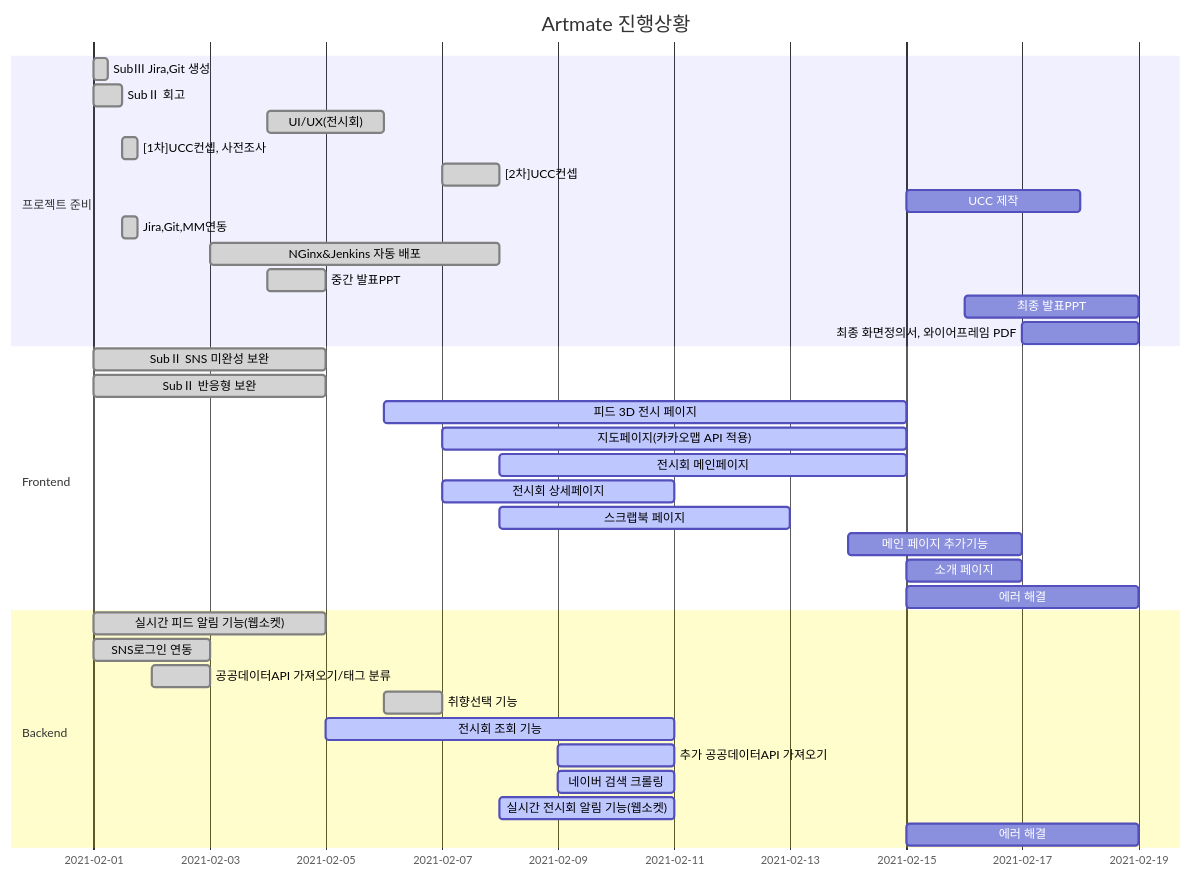
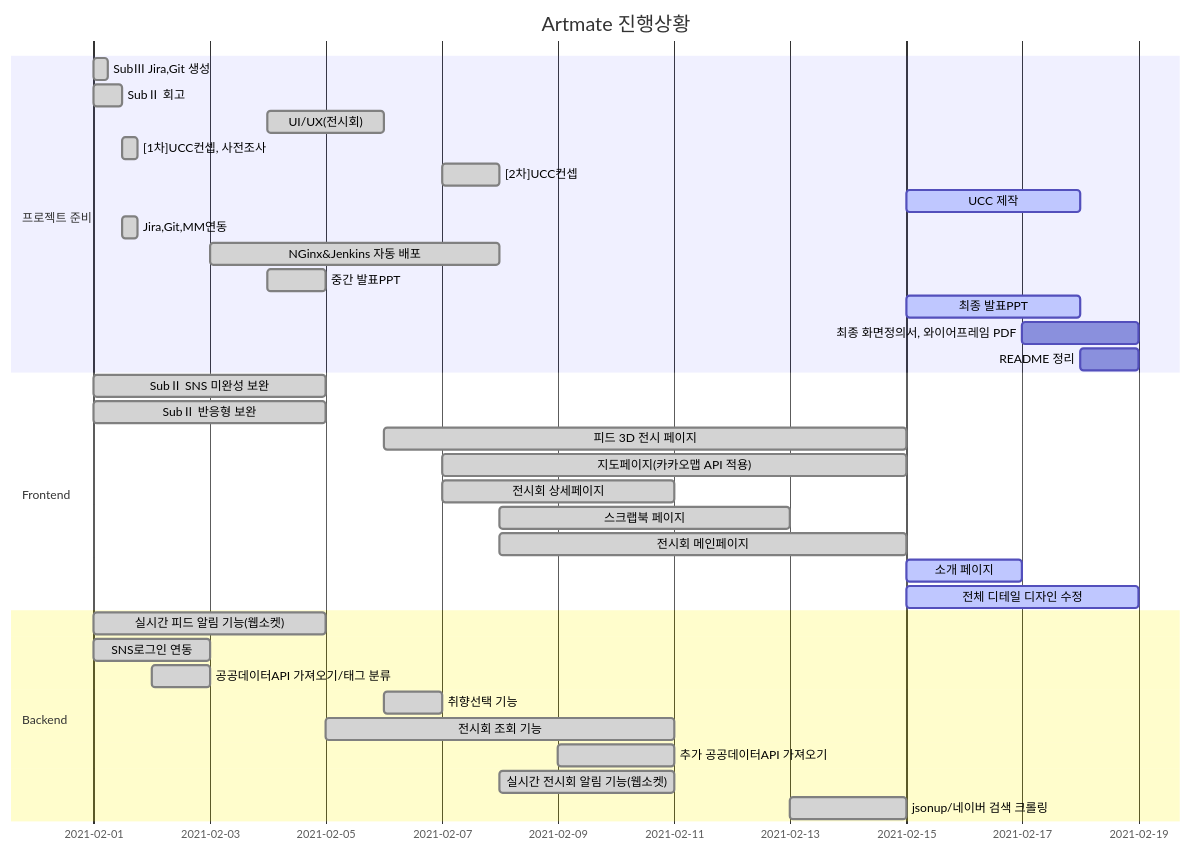
One commit to dovvn/Artmate-PJT changed the diagram in README.md. Above: the diagram before and after it, drawn with Mermaid.

Commit message:
BE_0215: 연휴 작업상황 업데이트

````diff
--- a/README.md
+++ b/README.md
@@ -21,45 +21,43 @@
 ```mermaid  
 gantt
     title Artmate 진행상황
     dateFormat  YYYY-MM-DD
     section 프로젝트 준비
     SubⅢ Jira,Git 생성  :done, 2021-02-01, 6h
     SubⅡ 회고          :done, p2,2021-02-01, 12h
     UI/UX(전시회)   :done,2021-02-04,2d
     [1차]UCC컨셉, 사전조사   :done,after p2,6h
     [2차]UCC컨셉   :done,2021-02-07,1d
-    UCC 제작   :,2021-02-15,3d
+    UCC 제작   :active,2021-02-15,3d
 
     Jira,Git,MM연동   :done,after p2,6h
     NGinx&Jenkins 자동 배포 :done, 2021-02-03,5d
     중간 발표PPT: done,2021-02-04,1d
-    최종 발표PPT: ,2021-02-16,3d
+    최종 발표PPT: active,2021-02-15,3d
     최종 화면정의서, 와이어프레임 PDF: ,2021-02-17,2d
+    README 정리: ,2021-02-18,1d
     
     
 
     section Frontend
     SubⅡ SNS 미완성 보완          :done, 2021-02-01, 4d
     SubⅡ 반응형 보완          :done, 2021-02-01, 4d
-    피드 3D 전시 페이지   :active,2021-02-06,9d
-    지도페이지(카카오맵 API 적용):active,2021-02-07, 8d
-    전시회 메인페이지   :active,2021-02-08,7d
-    전시회 상세페이지   :active,2021-02-07,4d
-    스크랩북 페이지   :active,2021-02-08,5d
-    메인 페이지 추가기능   :,2021-02-14,3d
-    소개 페이지   :,2021-02-15,2d
-    에러 해결   :,2021-02-15,4d
+    피드 3D 전시 페이지   :done,2021-02-06,9d
+    지도페이지(카카오맵 API 적용):done,2021-02-07, 8d
+    전시회 상세페이지   :done,2021-02-07,4d
+    스크랩북 페이지   :done,2021-02-08,5d
+    전시회 메인페이지 :done, 2021-02-08, 7d
+    소개 페이지   :active,2021-02-15,2d
+    전체 디테일 디자인 수정   :active,2021-02-15,4d
     
     
-
     section Backend
     실시간 피드 알림 기능(웹소켓)          :done, 2021-02-01, 4d
     SNS로그인 연동          :done, 2021-02-01, 2d
     공공데이터API 가져오기/태그 분류          :done, p1, 2021-02-02, 1d
     취향선택 기능:done,2021-02-06,1d
-    전시회 조회 기능:active,2021-02-05,6d
-    추가 공공데이터API 가져오기          :active, p1, 2021-02-09, 2d
-    네이버 검색 크롤링     :active, 2021-02-09,2d
-    실시간 전시회 알림 기능(웹소켓)          :active, 2021-02-08, 3d
-    에러 해결   :,2021-02-15,4d
+    전시회 조회 기능:done,2021-02-05,6d
+    추가 공공데이터API 가져오기          :done, p1, 2021-02-09, 2d
+    실시간 전시회 알림 기능(웹소켓)          :done, 2021-02-08, 3d
+    jsonup/네이버 검색 크롤링     :done, 2021-02-13,2d
 ```
````
